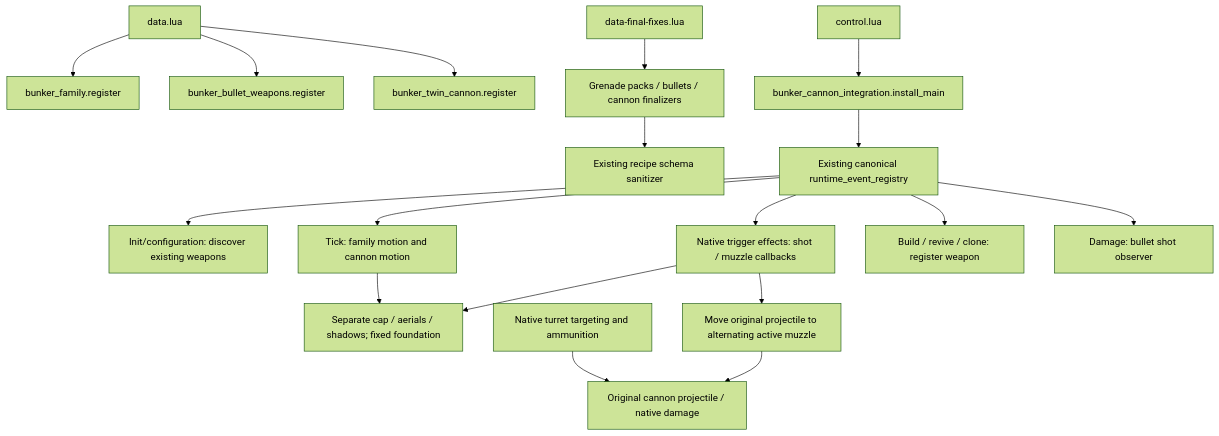
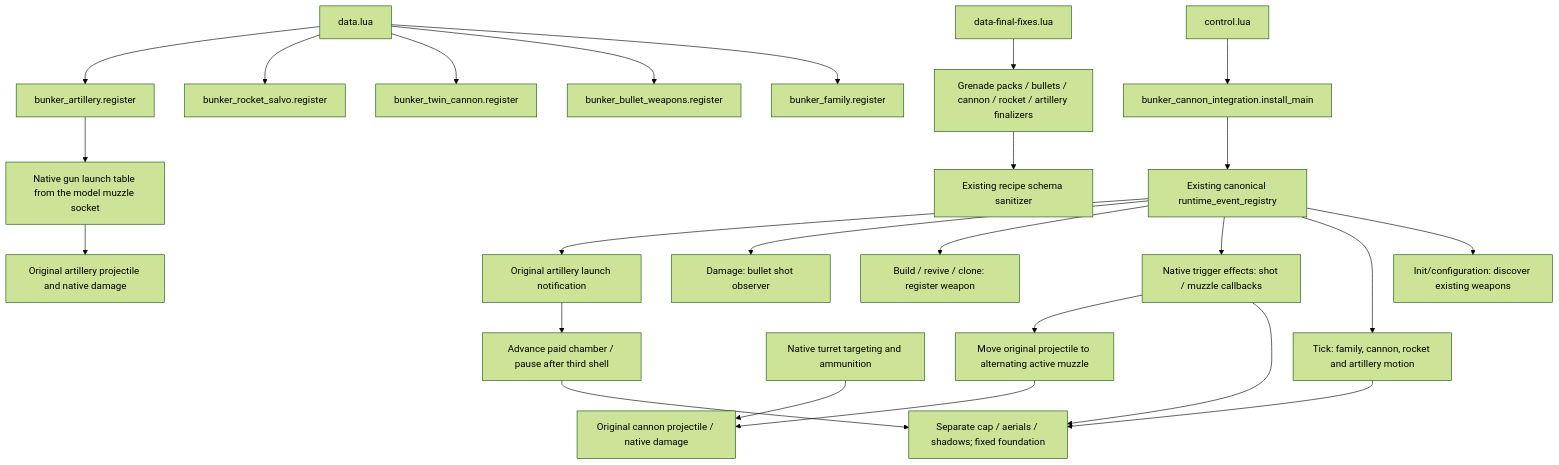
The diagram in docs/prototypes/bunker-runtime-map.md (mrcalzon02/Tech-Priests), drawn with Mermaid (forest theme) before and after one commit. The commit also changed other lines of this file and 397 other files, not shown here.

Commit message:
Complete final bunker artillery model, native barrage and visible reload

````diff
--- a/docs/prototypes/bunker-runtime-map.md
+++ b/docs/prototypes/bunker-runtime-map.md
@@ -3,20 +3,27 @@
 ```mermaid
 flowchart TD
   Data[data.lua] --> Family[bunker_family.register]
   Data --> Bullets[bunker_bullet_weapons.register]
   Data --> Cannon[bunker_twin_cannon.register]
-  Final[data-final-fixes.lua] --> Finalizers[Grenade packs / bullets / cannon finalizers]
+  Data --> Rocket[bunker_rocket_salvo.register]
+  Data --> Artillery[bunker_artillery.register]
+  Final[data-final-fixes.lua] --> Finalizers[Grenade packs / bullets / cannon / rocket / artillery finalizers]
   Finalizers --> Schema[Existing recipe schema sanitizer]
   Control[control.lua] --> Install[bunker_cannon_integration.install_main]
   Install --> Registry[Existing canonical runtime_event_registry]
   Registry --> Init[Init/configuration: discover existing weapons]
-  Registry --> Tick[Tick: family motion and cannon motion]
+  Registry --> Tick[Tick: family, cannon, rocket and artillery motion]
   Registry --> Shot[Native trigger effects: shot / muzzle callbacks]
   Registry --> Built[Build / revive / clone: register weapon]
   Registry --> Hit[Damage: bullet shot observer]
   Tick --> Render[Separate cap / aerials / shadows; fixed foundation]
   Shot --> Render
   Native[Native turret targeting and ammunition] --> Projectile[Original cannon projectile / native damage]
   Shot --> Muzzle[Move original projectile to alternating active muzzle]
   Muzzle --> Projectile
+  Registry --> ArtShot[Original artillery launch notification]
+  ArtShot --> Barrage[Advance paid chamber / pause after third shell]
+  Barrage --> Render
+  Artillery --> ArtMuzzle[Native gun launch table from the model muzzle socket]
+  ArtMuzzle --> ArtProjectile[Original artillery projectile and native damage]
 ```
````
